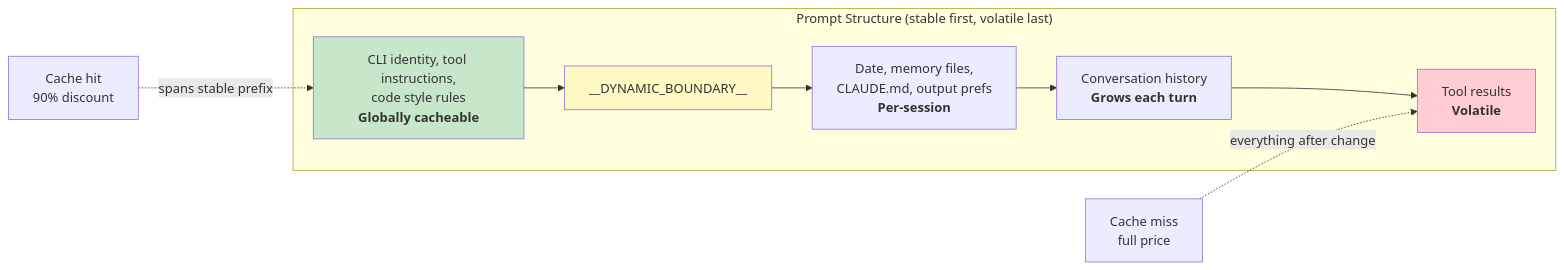
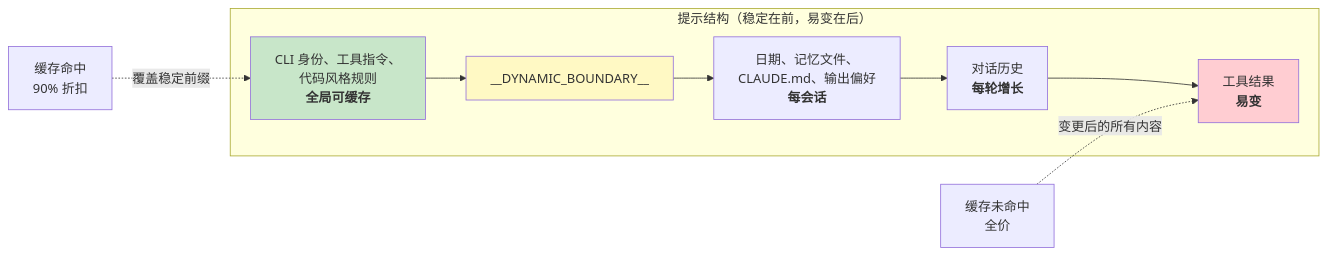
One commit to quanuanc/claude-code-from-source changed the diagram in book-zh/ch17-performance.md. Above: the diagram before and after it, drawn with Mermaid. The commit also changed other lines of this file and 1 other file, not shown here.

````diff
--- a/book-zh/ch17-performance.md
+++ b/book-zh/ch17-performance.md
@@ -76,19 +69,19 @@
 ```mermaid
 graph LR
-    subgraph "Prompt Structure (stable first, volatile last)"
-        A["CLI identity, tool instructions,<br/>code style rules<br/><b>Globally cacheable</b>"]
+    subgraph "提示结构（稳定在前，易变在后）"
+        A["CLI 身份、工具指令、<br/>代码风格规则<br/><b>全局可缓存</b>"]
         B["__DYNAMIC_BOUNDARY__"]
-        C["Date, memory files,<br/>CLAUDE.md, output prefs<br/><b>Per-session</b>"]
-        D["Conversation history<br/><b>Grows each turn</b>"]
-        E["Tool results<br/><b>Volatile</b>"]
+        C["日期、记忆文件、<br/>CLAUDE.md、输出偏好<br/><b>每会话</b>"]
+        D["对话历史<br/><b>每轮增长</b>"]
+        E["工具结果<br/><b>易变</b>"]
     end
 
     A --> B --> C --> D --> E
 
-    HIT["Cache hit<br/>90% discount"] -.->|"spans stable prefix"| A
-    MISS["Cache miss<br/>full price"] -.->|"everything after change"| E
+    HIT["缓存命中<br/>90% 折扣"] -.->|"覆盖稳定前缀"| A
+    MISS["缓存未命中<br/>全价"] -.->|"变更后的所有内容"| E
 
     style A fill:#c8e6c9
     style B fill:#fff9c4
     style E fill:#ffcdd2
 ```
````
